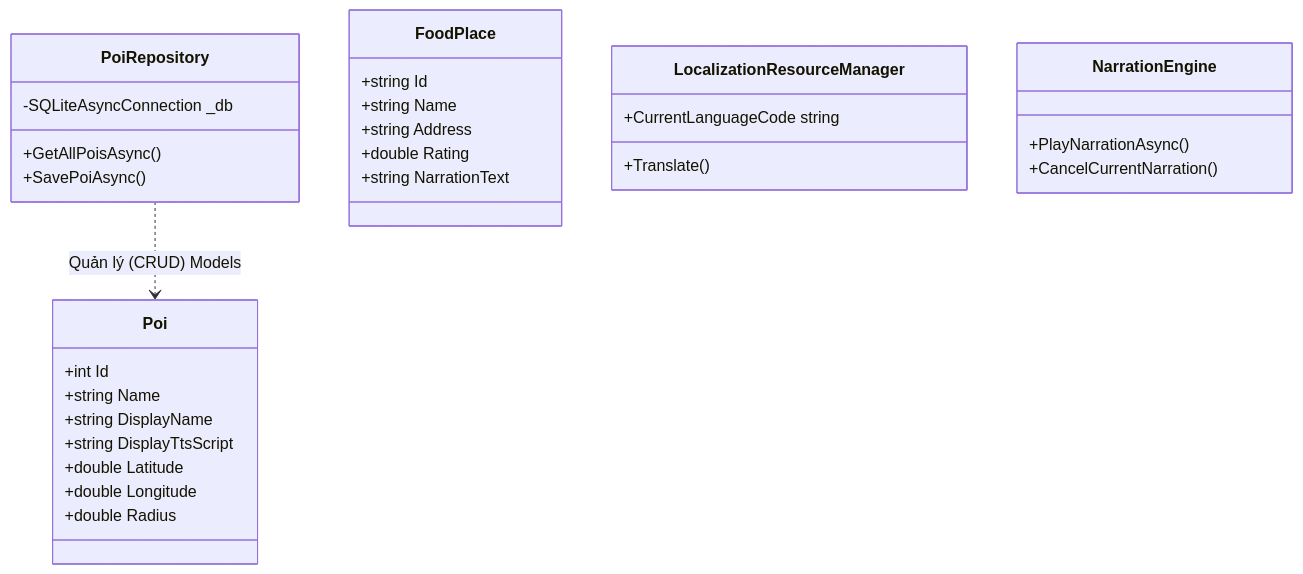
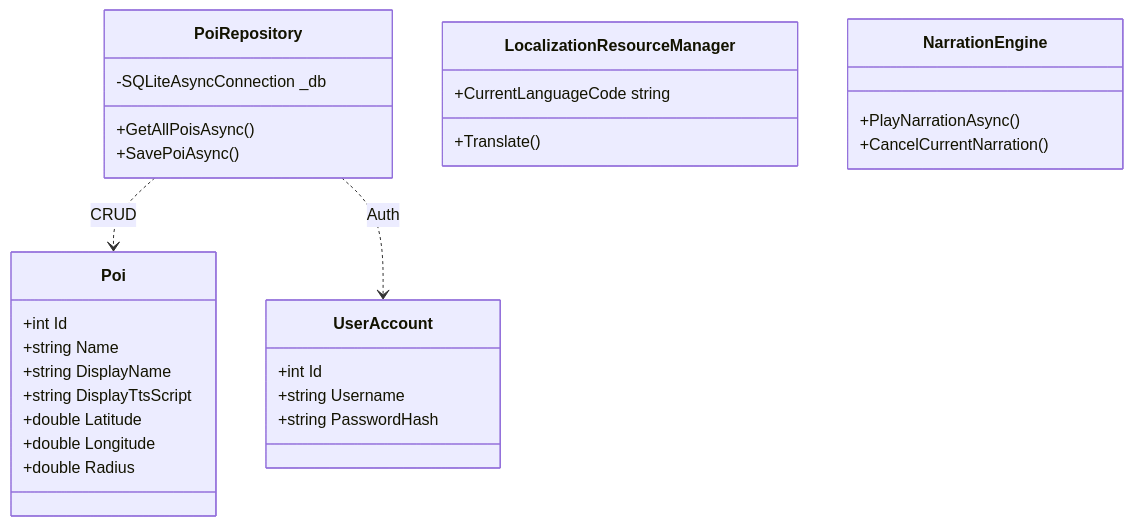
Before and after one commit to hiennhann/sgu-food-tour-pj: the second of 7 diagrams in readme.md, drawn with Mermaid. The commit also changed other lines of this file and 6 other files, not shown here.

````diff
--- a/readme.md
+++ b/readme.md
@@ -90,38 +114,32 @@
 ```mermaid
 classDiagram
     class PoiRepository {
        -SQLiteAsyncConnection _db
        +GetAllPoisAsync()
        +SavePoiAsync()
     }
-
+    class UserAccount {
+       +int Id
+       +string Username
+       +string PasswordHash
+    }
     class Poi {
        +int Id
        +string Name
        +string DisplayName
        +string DisplayTtsScript
        +double Latitude
        +double Longitude
        +double Radius
     }
-
-    class FoodPlace {
-       +string Id
-       +string Name
-       +string Address
-       +double Rating
-       +string NarrationText
-    }
-
     class LocalizationResourceManager {
        +CurrentLanguageCode string
        +Translate()
     }
-
     class NarrationEngine {
        +PlayNarrationAsync()
        +CancelCurrentNarration()
     }
-
-    PoiRepository ..> Poi : Quản lý (CRUD) Models
+    PoiRepository ..> Poi : CRUD
+    PoiRepository ..> UserAccount : Auth
 ```
````
